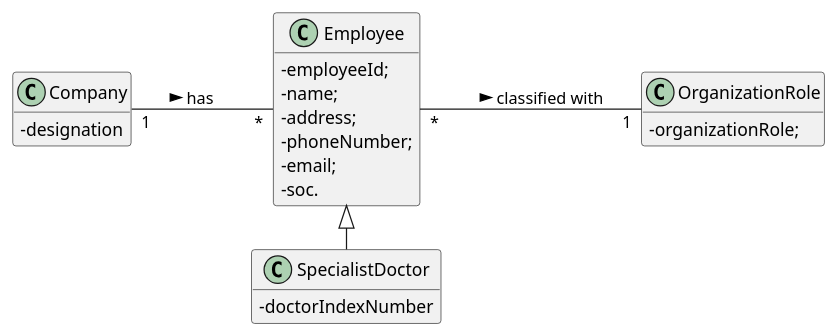
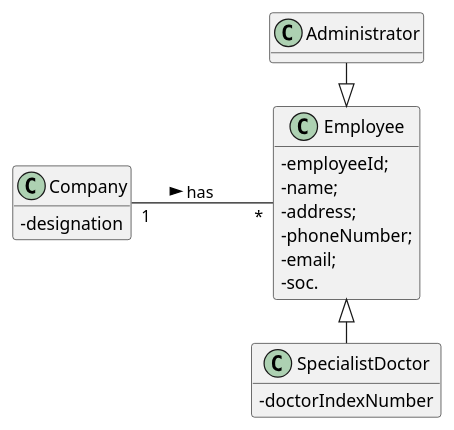
The diagram in docs/SprintB/US7/UC7_MD.puml (GuilhermeCunha79/lapr2), drawn with PlantUML before and after one commit. The commit also changed 1 other file, not shown here.

```diff
--- a/docs/SprintB/US7/UC7_MD.puml
+++ b/docs/SprintB/US7/UC7_MD.puml
@@ -1,33 +1,30 @@
 @startuml
 hide methods
 left to right direction
 skinparam classAttributeIconSize 0
 
 
 class Company {
   -designation
 }
 
 class Employee {
 	-employeeId;
 	-name;
 	-address;
 	-phoneNumber;
 	-email;
 	-soc.
 }
 
-class OrganizationRole {
-    -organizationRole;
-}
-
 class SpecialistDoctor{
     -doctorIndexNumber
 }
 
 Company "1" -- "*" Employee : has >
-Employee "*" -- "1" OrganizationRole: classified with >
 SpecialistDoctor -left-|> Employee
+Administrator -right-|> Employee
+
 
 
 @enduml
```
